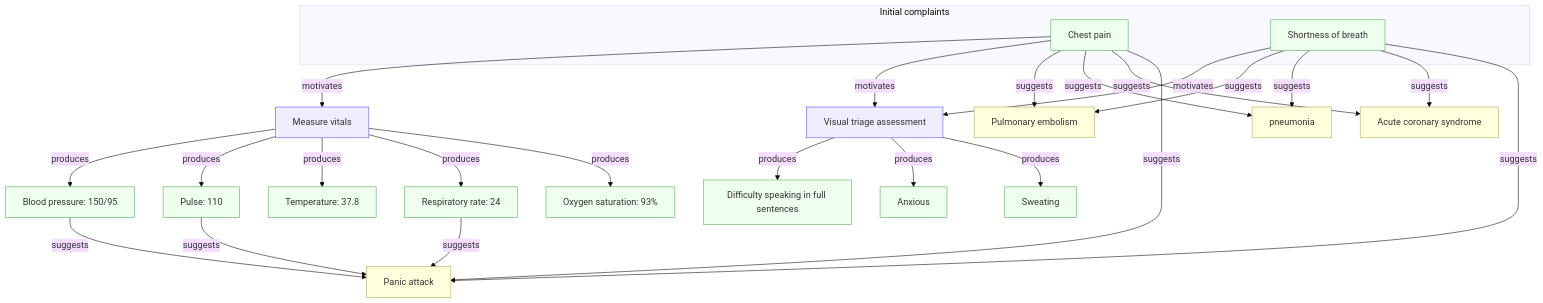
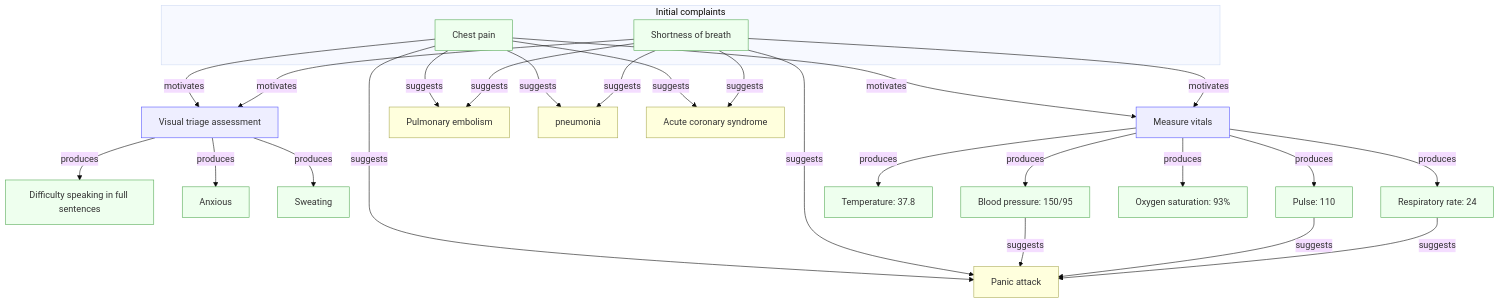
Before and after one commit to kahunacohen/why: the diagram in diagrams/medical.mmd, drawn with Mermaid (base theme).

Commit message:
Add additional motivator for measuring vitals

```diff
--- a/diagrams/medical.mmd
+++ b/diagrams/medical.mmd
@@ -1,75 +1,76 @@
 flowchart TD
 
   %% Initial observations
   subgraph initial["Initial complaints"]
     O1["Chest pain"]
     O2["Shortness of breath"]
   end
 
   %% Actions
   A1["Visual triage assessment"]
   A2["Measure vitals"]
 
   O1 -->|motivates| A2 
+  O2 -->|motivates| A2
 
   %% Visual triage observations (produced by A1)
   O6["Difficulty speaking in full sentences"]
   O7["Anxious"]
   O8["Sweating"]
 
   %% Vital sign observations (produced by A2)
   O3["Blood pressure: 150/95"]
   O4["Pulse: 110"]
   O5["Temperature: 37.8"]
   O9["Respiratory rate: 24"]
   O10["Oxygen saturation: 93%"]
 
   %% Hypotheses
   H1["Pulmonary embolism"]
   H2["pneumonia"]
   H3["Panic attack"]
   H4["Acute coronary syndrome"]
 
   %% Initial observations motivate actions
   O1 -->|motivates| A1
   O2 -->|motivates| A1
 
   %% Actions produce observations
   A1 -->|produces| O6
   A1 -->|produces| O7
   A1 -->|produces| O8
 
   A2 -->|produces| O3
   A2 -->|produces| O4
   A2 -->|produces| O5
   A2 -->|produces| O9
   A2 -->|produces| O10
 
   %% Observations suggest hypotheses
   %% chest pain can suggest all of these things.
   O1 -->|suggests| H1
   O1 -->|suggests| H2
   O1 -->|suggests| H4
   O1 -->|suggests| H3
 
   %% shortness of breath can also suggest all of these things.
   O2 -->|suggests| H1
   O2 -->|suggests| H2
   O2 -->|suggests| H4
   O2 -->|suggests| H3
 
   %% What can suggest a panic attack?
   O3 -->|suggests| H3
   O4 -->|suggests|H3
   O9 -->|suggests|H3
 
   %% Observations against hypotheses
 
 
   classDef obs fill:#efe,stroke:#5a5
   classDef action fill:#eef,stroke:#55f
   classDef hyp fill:#ffd,stroke:#aa5
 
   class O1,O2,O3,O4,O5,O6,O7,O8,O9,O10 obs
   class A1,A2 action
   class H1,H2,H3,H4 hyp
```
